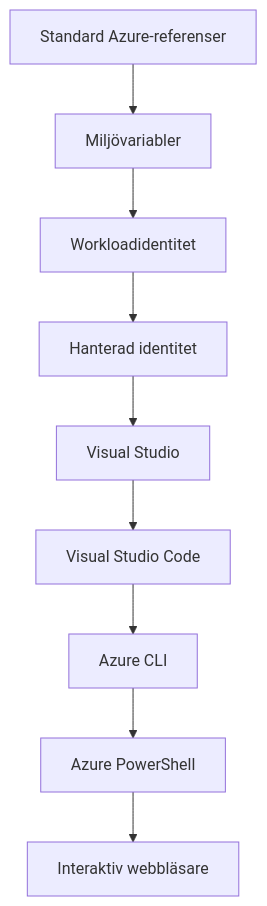
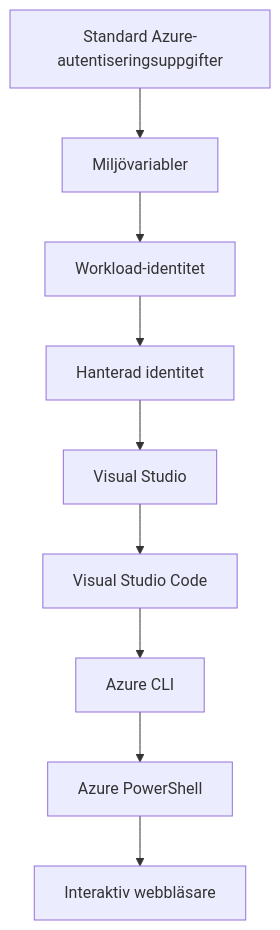
One commit to microsoft/AZD-for-beginners changed the second of 2 diagrams in translations/sv/docs/chapter-01-foundation/azd-basics.md. Above: the diagram before and after it, drawn with Mermaid. The commit also changed other lines of this file and 101 other files, not shown here.

````diff
--- a/translations/sv/docs/chapter-01-foundation/azd-basics.md
+++ b/translations/sv/docs/chapter-01-foundation/azd-basics.md
@@ -558,11 +593,11 @@
 ```mermaid
 graph TD
-    A[Standard Azure-referenser] --> B[Miljövariabler]
-    B --> C[Workloadidentitet]
+    A[Standard Azure-autentiseringsuppgifter] --> B[Miljövariabler]
+    B --> C[Workload-identitet]
     C --> D[Hanterad identitet]
     D --> E[Visual Studio]
     E --> F[Visual Studio Code]
     F --> G[Azure CLI]
     G --> H[Azure PowerShell]
     H --> I[Interaktiv webbläsare]
 ```
````
